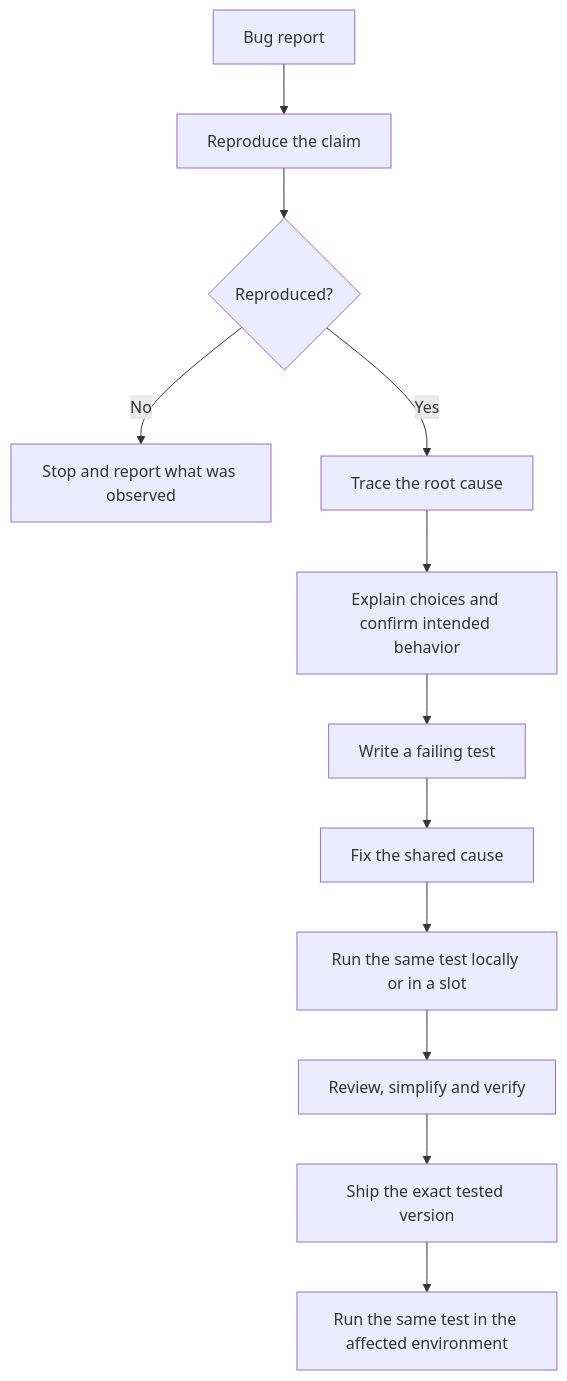
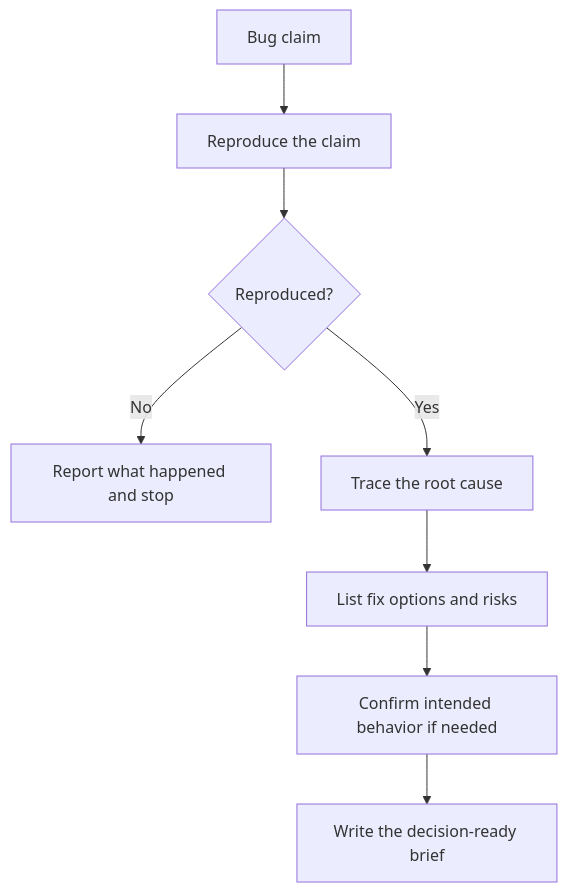
Before and after one commit to sabirmgd/terminal-first-goal-loop: the third of 10 diagrams in docs/playbooks.md, drawn with Mermaid. The commit also changed other lines of this file and 33 other files, not shown here.

````diff
--- a/docs/playbooks.md
+++ b/docs/playbooks.md
@@ -48,14 +51,10 @@
 ```mermaid
 flowchart TB
-    C["Bug report"] --> R["Reproduce the claim"]
+    C["Bug claim"] --> R["Reproduce the claim"]
     R --> X{"Reproduced?"}
-    X -- No --> S["Stop and report what was observed"]
-    X -- Yes --> O["Trace the root cause"]
-    O --> D["Explain choices and confirm intended behavior"]
-    D --> T["Write a failing test"]
-    T --> F["Fix the shared cause"]
-    F --> L["Run the same test locally or in a slot"]
-    L --> Q["Review, simplify and verify"]
-    Q --> P["Ship the exact tested version"]
-    P --> E["Run the same test in the affected environment"]
+    X -- No --> N["Report what happened and stop"]
+    X -- Yes --> T["Trace the root cause"]
+    T --> O["List fix options and risks"]
+    O --> D["Confirm intended behavior if needed"]
+    D --> B["Write the decision-ready brief"]
 ```
````
